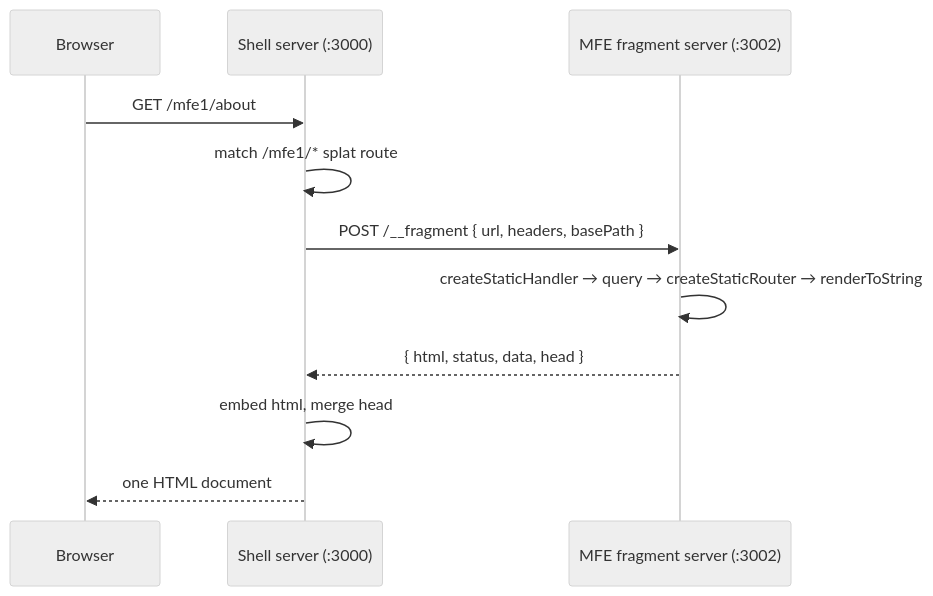
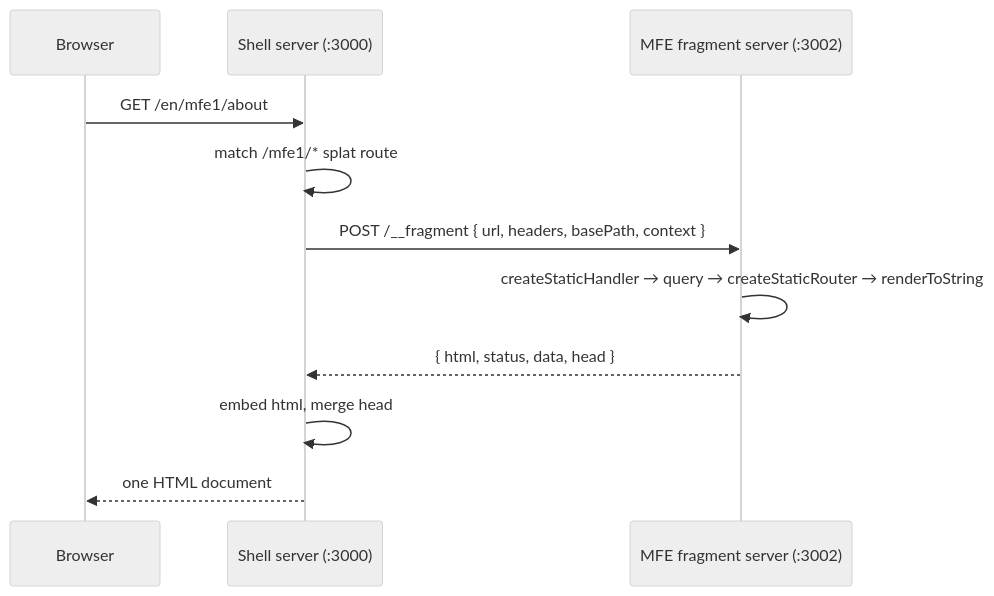
One commit to RBNBLS/ssr-microfrontends changed the first of 2 diagrams in render-and-hydration-flow.md. Above: the diagram before and after it, drawn with Mermaid (neutral theme). The commit also changed other lines of this file and 28 other files, not shown here.

````diff
--- a/render-and-hydration-flow.md
+++ b/render-and-hydration-flow.md
@@ -24,14 +24,14 @@
 ```mermaid
 sequenceDiagram
     participant B as Browser
     participant S as Shell server (:3000)
     participant M as MFE fragment server (:3002)
 
-    B->>S: GET /mfe1/about
+    B->>S: GET /en/mfe1/about
     S->>S: match /mfe1/* splat route
-    S->>M: POST /__fragment { url, headers, basePath }
+    S->>M: POST /__fragment { url, headers, basePath, context }
     M->>M: createStaticHandler → query → createStaticRouter → renderToString
     M-->>S: { html, status, data, head }
     S->>S: embed html, merge head
     S-->>B: one HTML document
 ```
````
